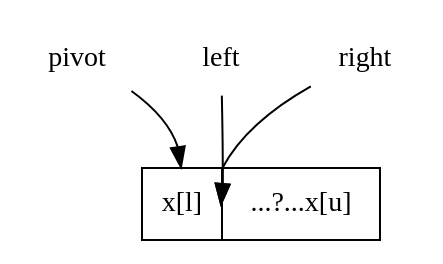
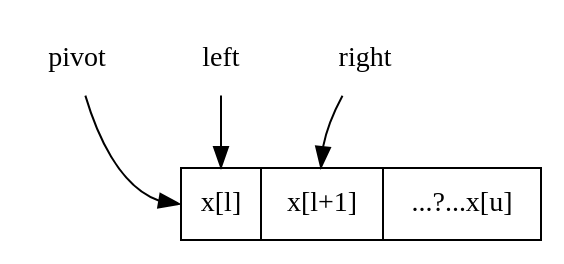
One commit to liuxinyu95/AlgoXY changed the diagram in sorting/dc-sort/img/partition-1-way-start.dot. Above: the diagram before and after it, drawn with Graphviz. The commit also changed 1 other file, not shown here.

```diff
--- a/sorting/dc-sort/img/partition-1-way-start.dot
+++ b/sorting/dc-sort/img/partition-1-way-start.dot
@@ -1,11 +1,11 @@
 digraph G{
 	node[shape=record]
-        lst[label="<p> x[l] | ...?...x[u]"];
+        lst[label="<p> x[l] | <s> x[l+1] |...?...x[u]"];
         pivot[shape=plaintext];
         left[shape=plaintext];
         right[shape=plaintext];
         pivot->lst:p;
-        left->lst:p:e;
-        right->lst:p:e;
+        left->lst:p;
+        right->lst:s;
 	{rank=same pivot->left->right[style=invis]}
 }
```
